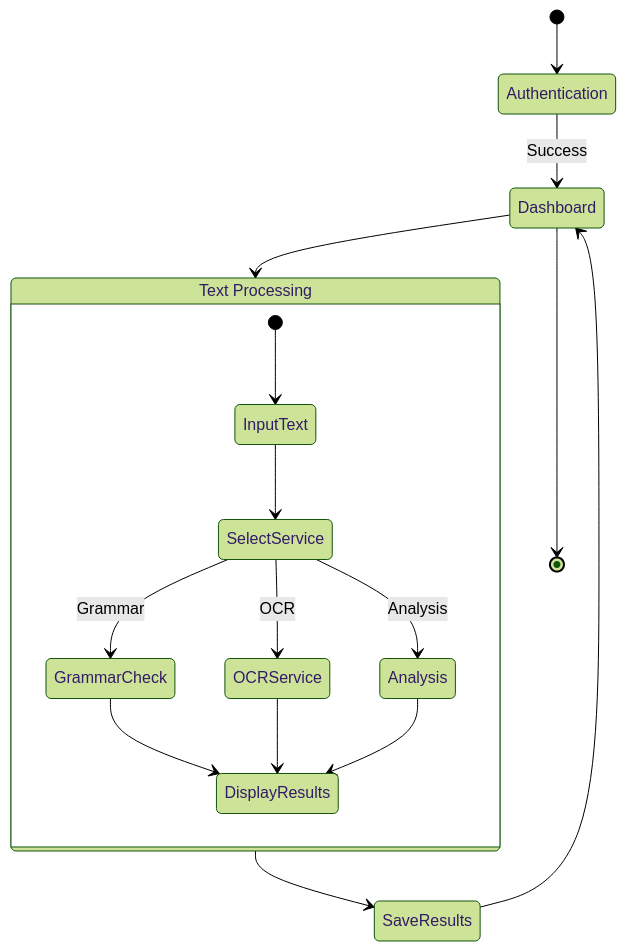
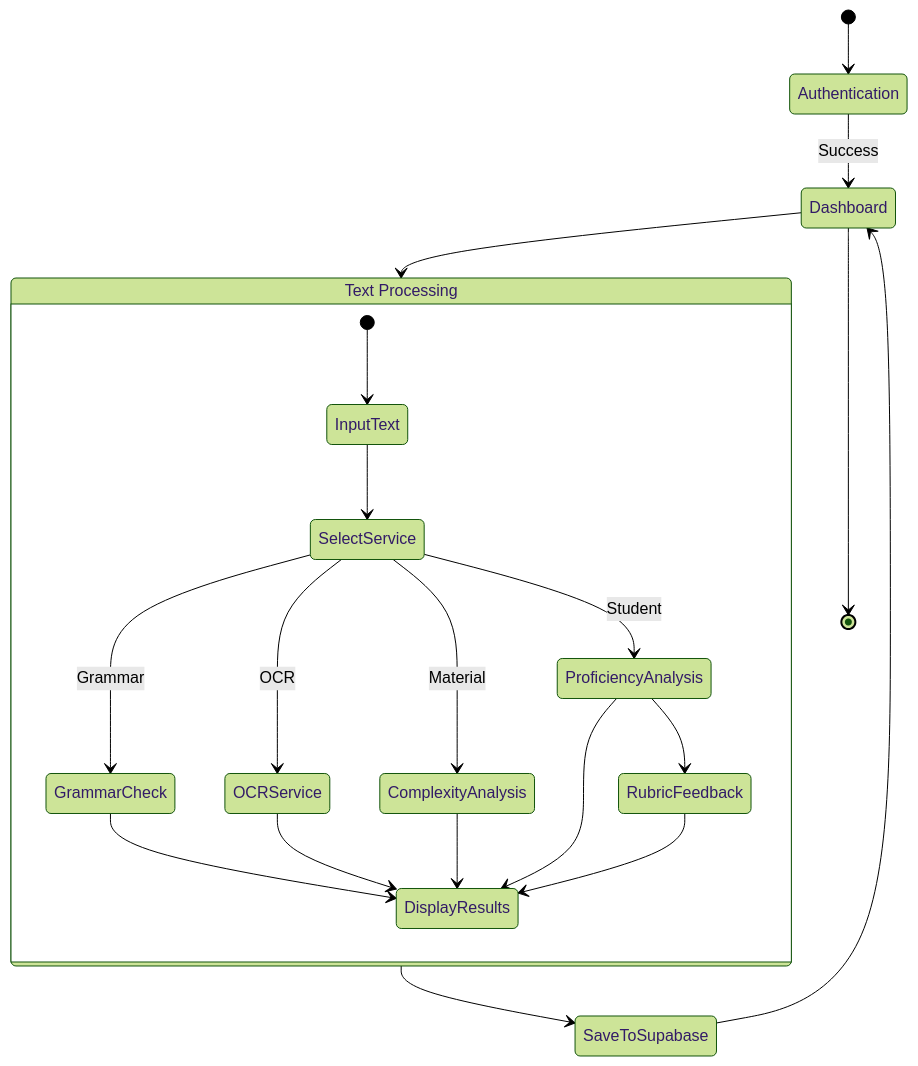
The third of 4 diagrams in System Documentation.md (ianxroy/readtrack), drawn with Mermaid (forest theme) before and after one commit. The commit also changed other lines of this file and 3 other files, not shown here.

````diff
--- a/System Documentation.md
+++ b/System Documentation.md
@@ -134,22 +143,26 @@
 ```mermaid
 stateDiagram-v2
     [*] --> Authentication
     Authentication --> Dashboard: Success
-    
+
     state "Text Processing" as Processing {
         [*] --> InputText
         InputText --> SelectService
         SelectService --> GrammarCheck: Grammar
         SelectService --> OCRService: OCR
-        SelectService --> Analysis: Analysis
-        
+        SelectService --> ComplexityAnalysis: Material
+        SelectService --> ProficiencyAnalysis: Student
+
         GrammarCheck --> DisplayResults
         OCRService --> DisplayResults
-        Analysis --> DisplayResults
+        ComplexityAnalysis --> DisplayResults
+        ProficiencyAnalysis --> DisplayResults
+        ProficiencyAnalysis --> RubricFeedback
+        RubricFeedback --> DisplayResults
     }
-    
+
     Dashboard --> Processing
-    Processing --> SaveResults
-    SaveResults --> Dashboard
+    Processing --> SaveToSupabase
+    SaveToSupabase --> Dashboard
     Dashboard --> [*]
 ```
````
